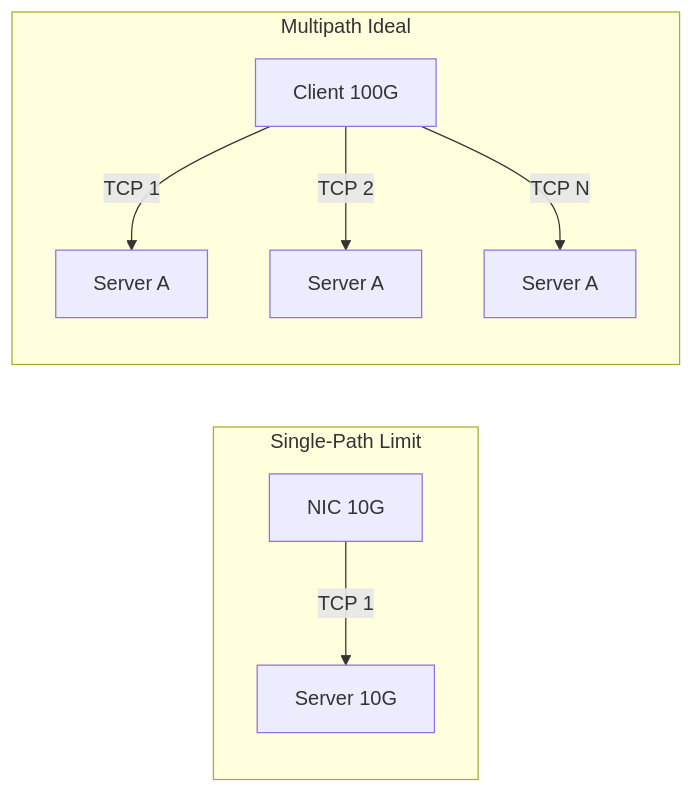
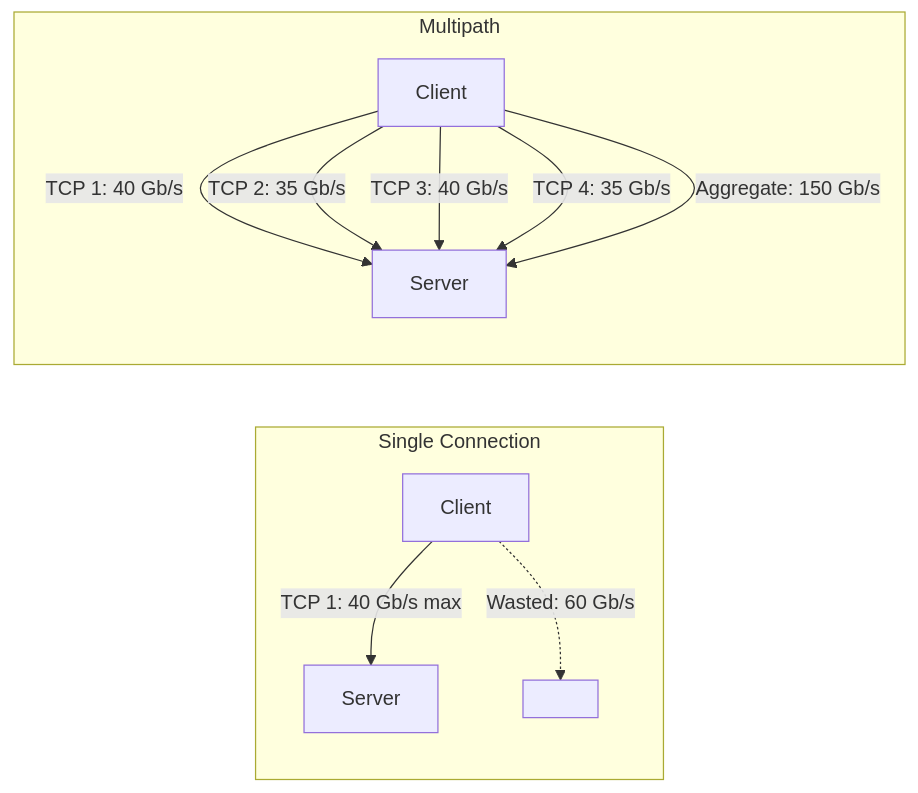
One commit to darrenstarr/dnfs changed the first of 7 diagrams in docs/nfs-ebook/ch05-multipath.md. Above: the diagram before and after it, drawn with Mermaid. The commit also changed other lines of this file and 9 other files, not shown here.

````diff
--- a/docs/nfs-ebook/ch05-multipath.md
+++ b/docs/nfs-ebook/ch05-multipath.md
@@ -11,11 +25,14 @@
 ```mermaid
 flowchart LR
-    subgraph Single-Path Limit
-        C1[NIC 10G] -->|TCP 1| S1[Server 10G]
+    subgraph Single Connection
+        C1[Client] -->|TCP 1: 40 Gb/s max| S1[Server]
+        C1 -.->|Wasted: 60 Gb/s| X[ ]
     end
-    subgraph Multipath Ideal
-        C2[Client 100G] -->|TCP 1| S2[Server A]
-        C2 -->|TCP 2| S3[Server A]
-        C2 -->|TCP N| S4[Server A]
+    subgraph Multipath
+        C2[Client] -->|TCP 1: 40 Gb/s| S2[Server]
+        C2 -->|TCP 2: 35 Gb/s| S2
+        C2 -->|TCP 3: 40 Gb/s| S2
+        C2 -->|TCP 4: 35 Gb/s| S2
+        C2 -->|Aggregate: 150 Gb/s| S2
     end
 ```
````
